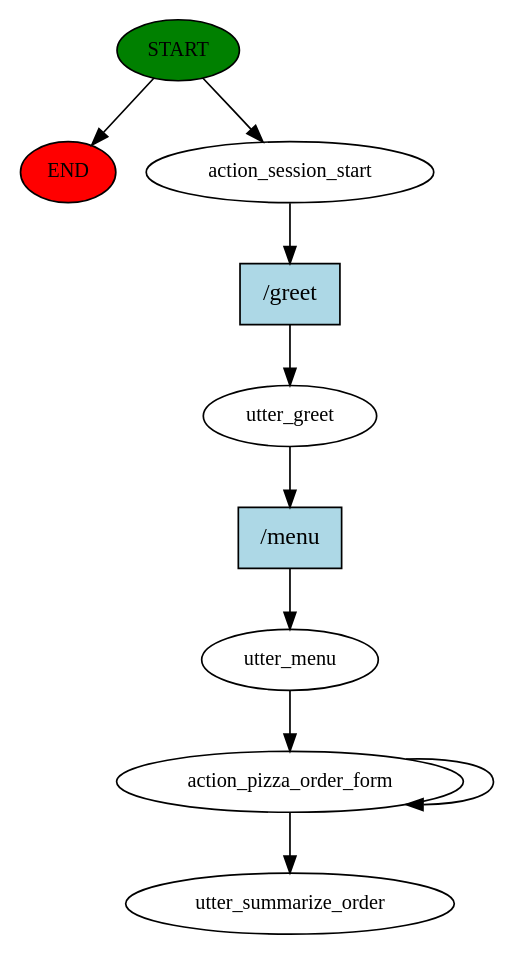
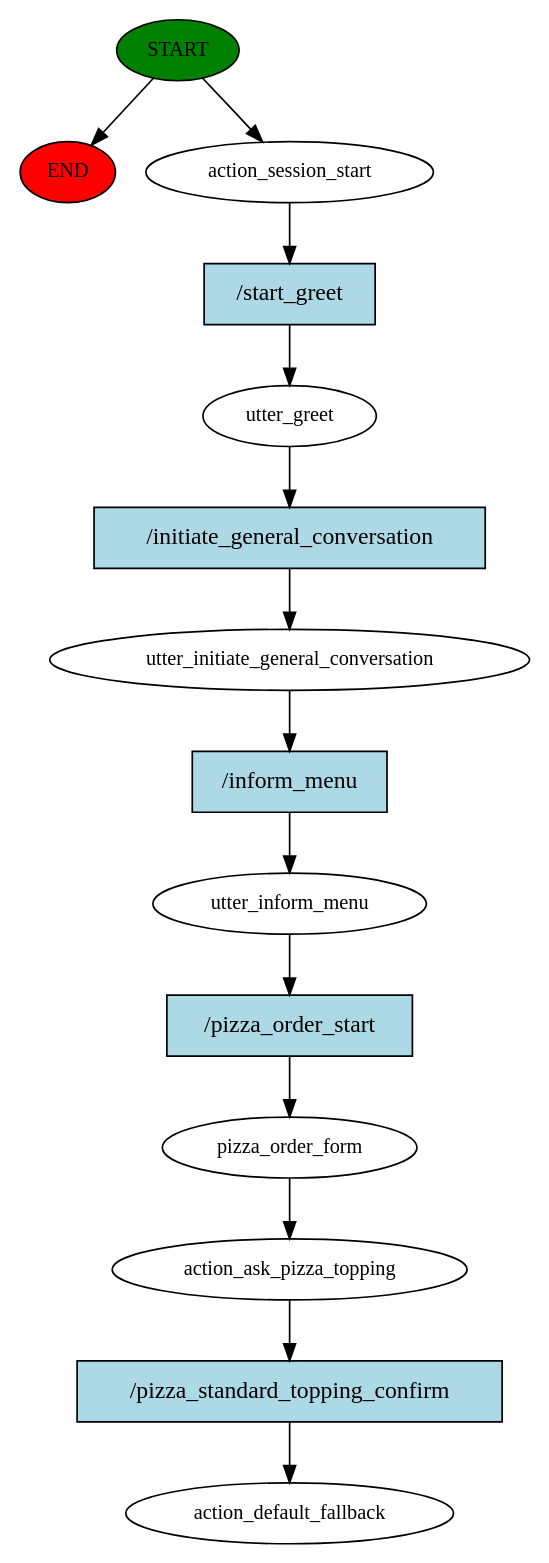
Before and after one commit to HiraAfzal9978/HMD-PizzaBot: the diagram in story_graph.dot, drawn with Graphviz. The commit also changed 5 other files, not shown here.

```diff
--- a/story_graph.dot
+++ b/story_graph.dot
@@ -1,20 +1,29 @@
 digraph  {
 0 [class="start active", fillcolor=green, fontsize=12, label=START, style=filled];
 "-1" [class=end, fillcolor=red, fontsize=12, label=END, style=filled];
 1 [class=active, fontsize=12, label=action_session_start];
 2 [class=active, fontsize=12, label=utter_greet];
-3 [class=active, fontsize=12, label=utter_menu];
-4 [class=active, fontsize=12, label=action_pizza_order_form];
-6 [class="dashed active", fontsize=12, label=utter_summarize_order];
-7 [class="intent active", fillcolor=lightblue, label="/greet", shape=rect, style=filled];
-8 [class="intent active", fillcolor=lightblue, label="/menu", shape=rect, style=filled];
+3 [class=active, fontsize=12, label=utter_initiate_general_conversation];
+4 [class=active, fontsize=12, label=utter_inform_menu];
+5 [class=active, fontsize=12, label=pizza_order_form];
+6 [class=active, fontsize=12, label=action_ask_pizza_topping];
+7 [class="dashed active", fontsize=12, label=action_default_fallback];
+8 [class="intent active", fillcolor=lightblue, label="/start_greet", shape=rect, style=filled];
+9 [class="intent active", fillcolor=lightblue, label="/initiate_general_conversation", shape=rect, style=filled];
+10 [class="intent active", fillcolor=lightblue, label="/inform_menu", shape=rect, style=filled];
+11 [class="intent active", fillcolor=lightblue, label="/pizza_order_start", shape=rect, style=filled];
+12 [class="intent active", fillcolor=lightblue, label="/pizza_standard_topping_confirm", shape=rect, style=filled];
 0 -> "-1"  [class="", key=NONE, label=""];
 0 -> 1  [class=active, key=NONE, label=""];
-1 -> 7  [class=active, key=0];
-2 -> 8  [class=active, key=0];
-3 -> 4  [class=active, key=NONE, label=""];
-4 -> 6  [class=active, key=NONE, label=""];
-4 -> 4  [class=active, key=NONE, label=""];
-7 -> 2  [class=active, key=0];
-8 -> 3  [class=active, key=0];
+1 -> 8  [class=active, key=0];
+2 -> 9  [class=active, key=0];
+3 -> 10  [class=active, key=0];
+4 -> 11  [class=active, key=0];
+5 -> 6  [class=active, key=NONE, label=""];
+6 -> 12  [class=active, key=0];
+8 -> 2  [class=active, key=0];
+9 -> 3  [class=active, key=0];
+10 -> 4  [class=active, key=0];
+11 -> 5  [class=active, key=0];
+12 -> 7  [class=active, key=0];
 }
```
